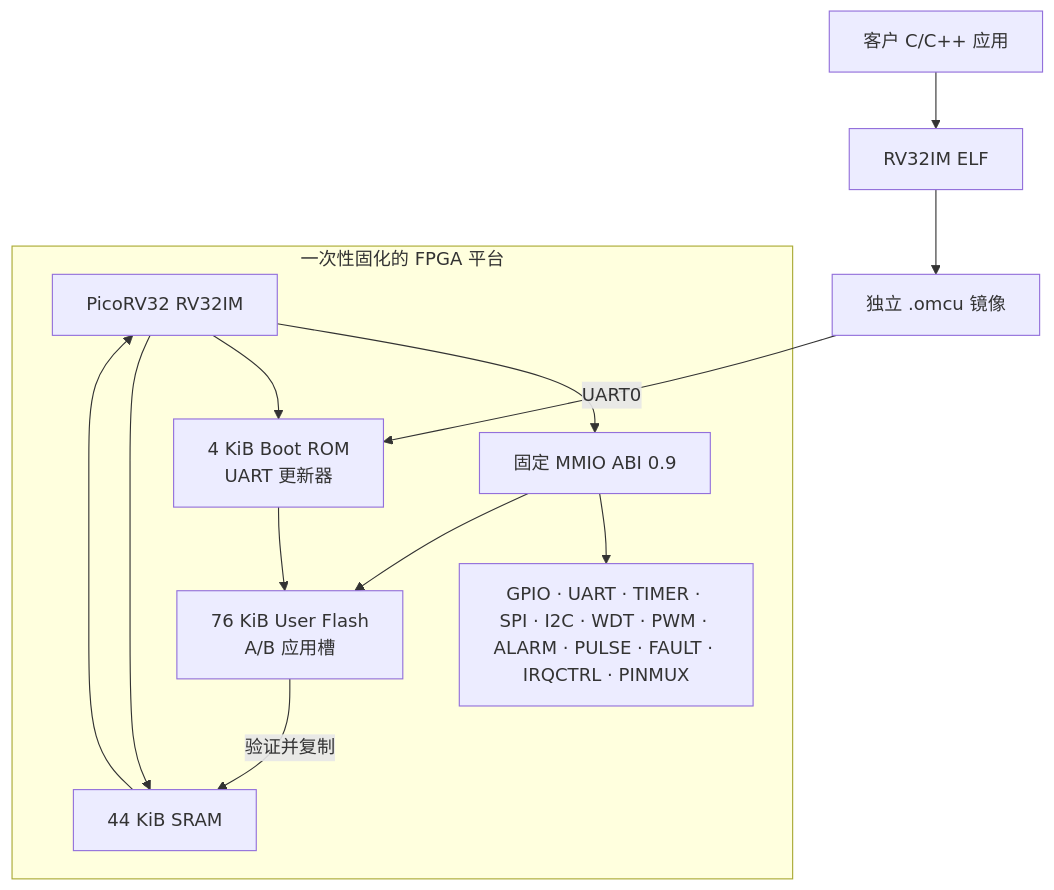
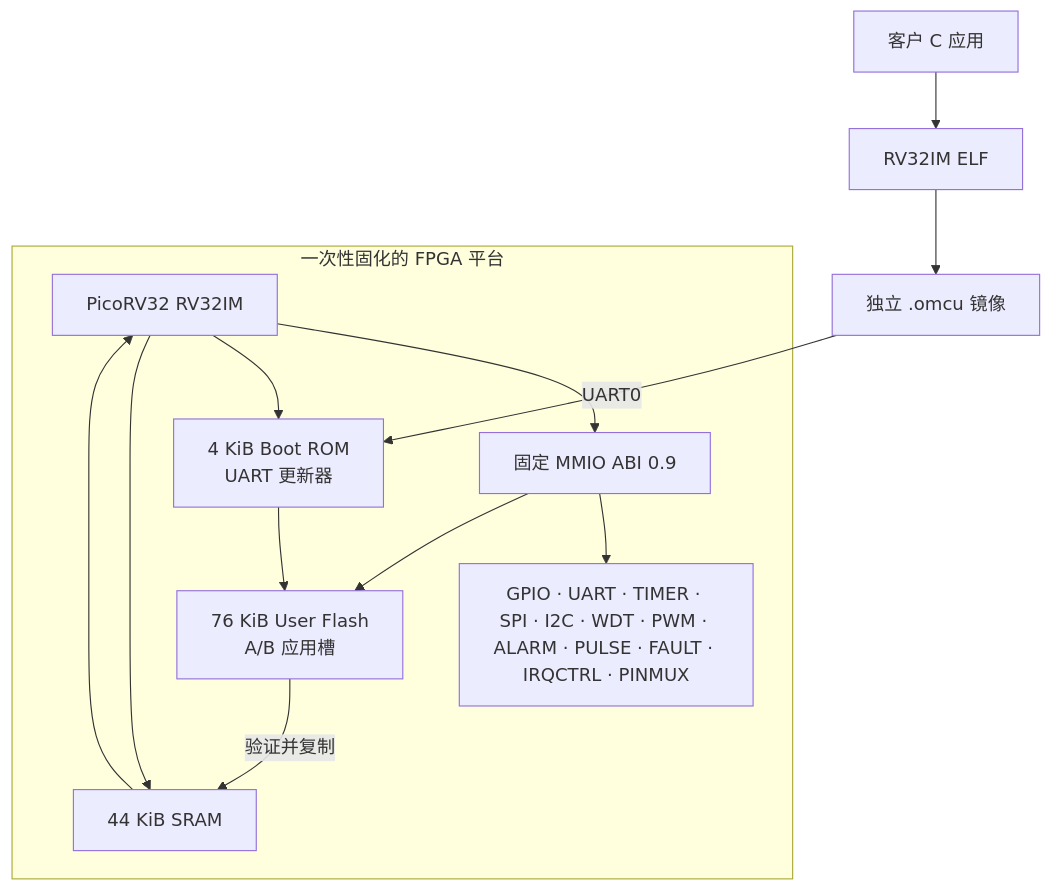
Before and after one commit to tianrking/OpenMCU-TN9K: the first of 2 diagrams in docs/zh-CN/datasheet.md, drawn with Mermaid. The commit also changed 11 other files, not shown here.

````diff
--- a/docs/zh-CN/datasheet.md
+++ b/docs/zh-CN/datasheet.md
@@ -25,16 +25,16 @@
 ```mermaid
 flowchart TB
   subgraph Fixed[一次性固化的 FPGA 平台]
     CPU[PicoRV32 RV32IM] --> MMIO[固定 MMIO ABI 0.9]
     CPU --> ROM[4 KiB Boot ROM\nUART 更新器]
     CPU --> SRAM[44 KiB SRAM]
     MMIO --> PERI[GPIO · UART · TIMER · SPI · I2C · WDT · PWM · ALARM · PULSE · FAULT · IRQCTRL · PINMUX]
     MMIO --> FLASH[76 KiB User Flash\nA/B 应用槽]
   end
-  APP[客户 C/C++ 应用] --> ELF[RV32IM ELF]
+  APP[客户 C 应用] --> ELF[RV32IM ELF]
   ELF --> IMAGE[独立 .omcu 镜像]
   IMAGE -->|UART0| ROM
   ROM --> FLASH
   FLASH -->|验证并复制| SRAM
   SRAM --> CPU
 ```
````
